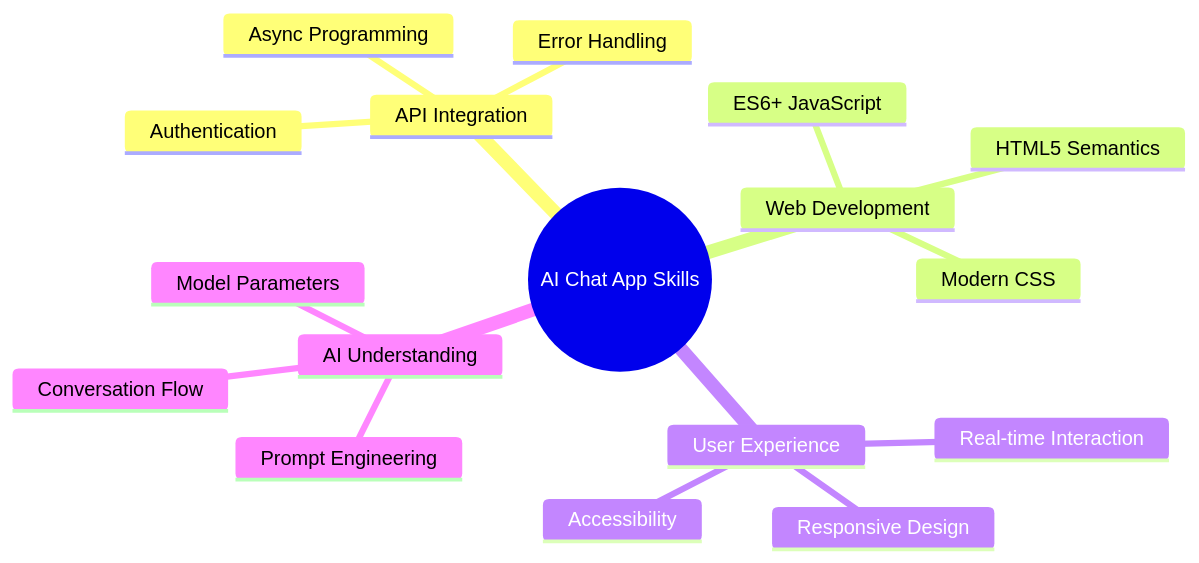
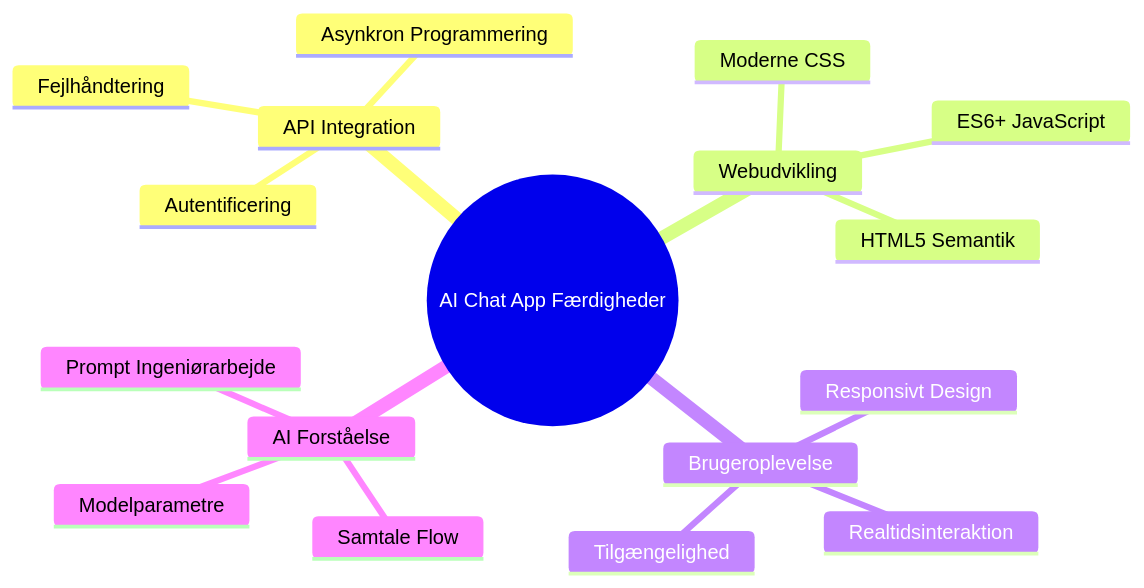
Before and after one commit to microsoft/Web-Dev-For-Beginners: diagram 14 of 14 in translations/da/9-chat-project/README.md, drawn with Mermaid. The commit also changed other lines of this file and 41 other files, not shown here.

````diff
--- a/translations/da/9-chat-project/README.md
+++ b/translations/da/9-chat-project/README.md
@@ -2040,20 +2297,20 @@
 ```mermaid
 mindmap
-  root((AI Chat App Skills))
+  root((AI Chat App Færdigheder))
     API Integration
-      Authentication
-      Error Handling
-      Async Programming
-    Web Development
-      HTML5 Semantics
-      Modern CSS
+      Autentificering
+      Fejlhåndtering
+      Asynkron Programmering
+    Webudvikling
+      HTML5 Semantik
+      Moderne CSS
       ES6+ JavaScript
-    User Experience
-      Responsive Design
-      Accessibility
-      Real-time Interaction
-    AI Understanding
-      Prompt Engineering
-      Model Parameters
-      Conversation Flow
-```
+    Brugeroplevelse
+      Responsivt Design
+      Tilgængelighed
+      Realtidsinteraktion
+    AI Forståelse
+      Prompt Ingeniørarbejde
+      Modelparametre
+      Samtale Flow
+```  
````
